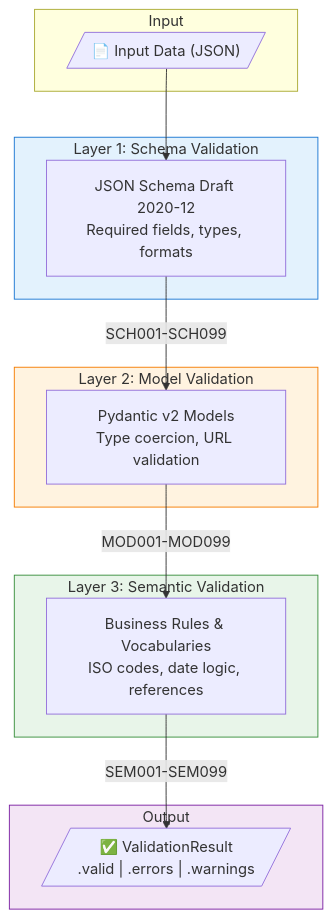
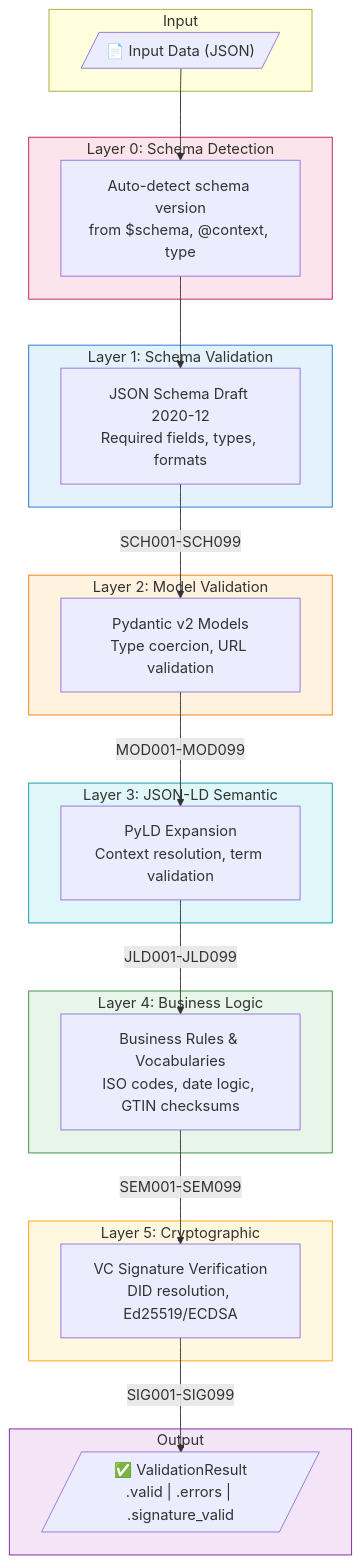
One commit to artiso-ai/dppvalidator changed the diagram in docs/concepts/validation-layers.md. Above: the diagram before and after it, drawn with Mermaid. The commit also changed other lines of this file and 418 other files, not shown here.

````diff
--- a/docs/concepts/validation-layers.md
+++ b/docs/concepts/validation-layers.md
@@ -7,32 +7,50 @@
 ```mermaid
 flowchart TD
     subgraph Input
         A[/"📄 Input Data (JSON)"/]
+    end
+
+    subgraph Layer0["Layer 0: Schema Detection"]
+        A0["Auto-detect schema version<br/>from $schema, @context, type"]
     end
 
     subgraph Layer1["Layer 1: Schema Validation"]
         B["JSON Schema Draft 2020-12<br/>Required fields, types, formats"]
     end
 
     subgraph Layer2["Layer 2: Model Validation"]
         C["Pydantic v2 Models<br/>Type coercion, URL validation"]
     end
 
-    subgraph Layer3["Layer 3: Semantic Validation"]
-        D["Business Rules & Vocabularies<br/>ISO codes, date logic, references"]
+    subgraph Layer3["Layer 3: JSON-LD Semantic"]
+        C2["PyLD Expansion<br/>Context resolution, term validation"]
+    end
+
+    subgraph Layer4["Layer 4: Business Logic"]
+        D["Business Rules & Vocabularies<br/>ISO codes, date logic, GTIN checksums"]
+    end
+
+    subgraph Layer5["Layer 5: Cryptographic"]
+        E["VC Signature Verification<br/>DID resolution, Ed25519/ECDSA"]
     end
 
     subgraph Output
-        E[/"✅ ValidationResult<br/>.valid | .errors | .warnings"/]
+        F[/"✅ ValidationResult<br/>.valid | .errors | .signature_valid"/]
     end
 
-    A --> B
+    A --> A0
+    A0 --> B
     B -->|"SCH001-SCH099"| C
-    C -->|"MOD001-MOD099"| D
+    C -->|"MOD001-MOD099"| C2
+    C2 -->|"JLD001-JLD099"| D
     D -->|"SEM001-SEM099"| E
+    E -->|"SIG001-SIG099"| F
 
+    style Layer0 fill:#fce4ec,stroke:#c2185b
     style Layer1 fill:#e3f2fd,stroke:#1976d2
     style Layer2 fill:#fff3e0,stroke:#f57c00
-    style Layer3 fill:#e8f5e9,stroke:#388e3c
+    style Layer3 fill:#e0f7fa,stroke:#0097a7
+    style Layer4 fill:#e8f5e9,stroke:#388e3c
+    style Layer5 fill:#fff8e1,stroke:#ffa000
     style Output fill:#f3e5f5,stroke:#7b1fa2
 ```
````
